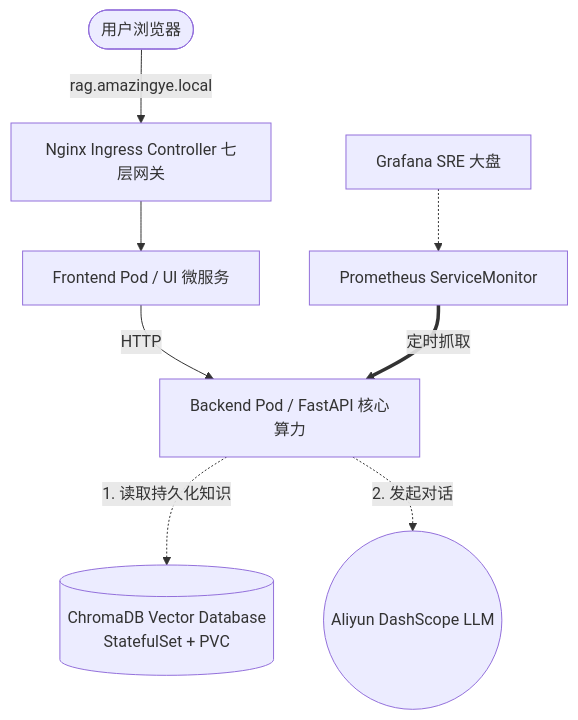
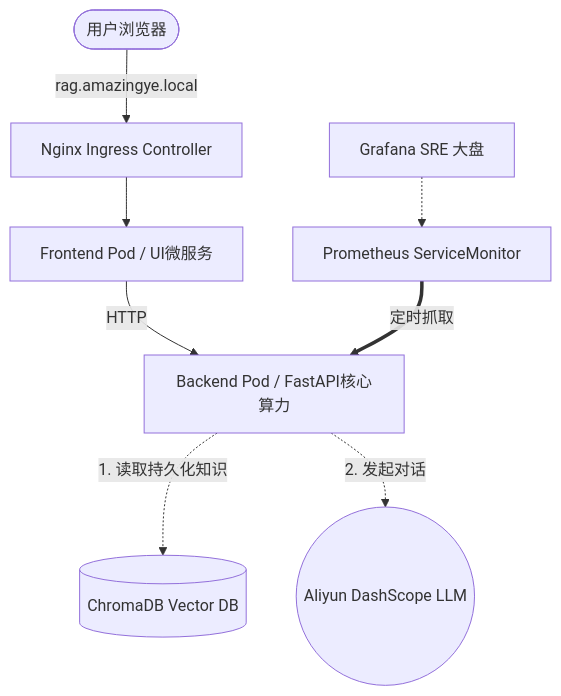
One commit to AmazingYe-oss/edu-rag-bot changed the diagram in README.md. Above: the diagram before and after it, drawn with Mermaid. The commit also changed other lines of this file, not shown here.

Commit message:
Revise diagrams and repository structure in README
Updated Mermaid diagrams and code structure in README.

````diff
--- a/README.md
+++ b/README.md
@@ -27,12 +27,12 @@
-~~~mermaid
+```mermaid
 graph TD
-    Client([用户浏览器]) -->|rag.amazingye.local| Ingress[Nginx Ingress Controller 七层网关]
-    Ingress --> UI[Frontend Pod / UI 微服务]
-    UI -->|HTTP| API[Backend Pod / FastAPI 核心算力]
+    Client([用户浏览器]) -->|rag.amazingye.local| Ingress[Nginx Ingress Controller]
+    Ingress --> UI[Frontend Pod / UI微服务]
+    UI -->|HTTP| API[Backend Pod / FastAPI核心算力]
     
-    API -.->|1. 读取持久化知识| ChromaDB[(ChromaDB Vector Database\nStatefulSet + PVC)]
+    API -.->|1. 读取持久化知识| ChromaDB[(ChromaDB Vector DB)]
     API -.->|2. 发起对话| LLM((Aliyun DashScope LLM))
     
     Prometheus[Prometheus ServiceMonitor] ==定时抓取==> API
     Grafana[Grafana SRE 大盘] -.-> Prometheus
-~~~
+```
````
